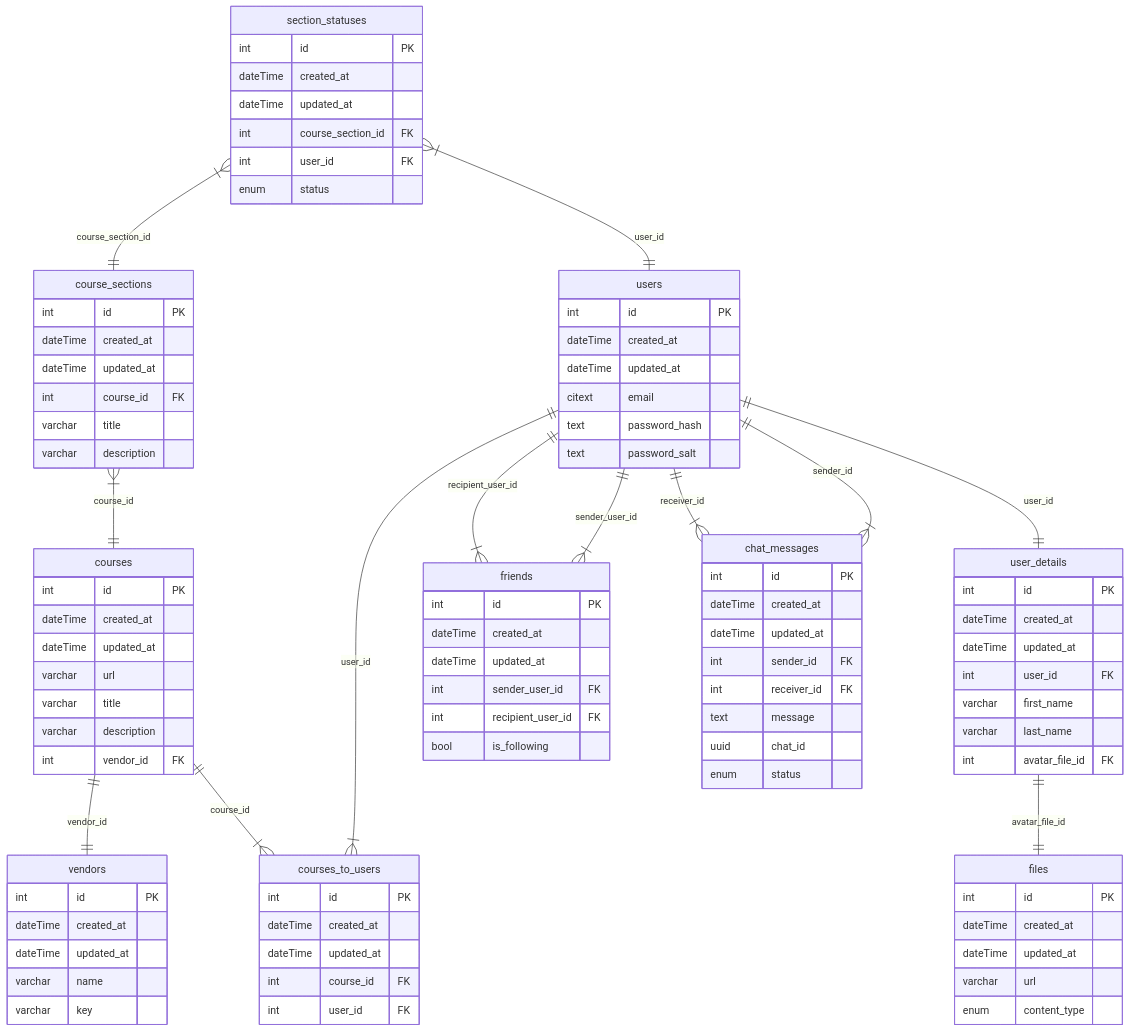
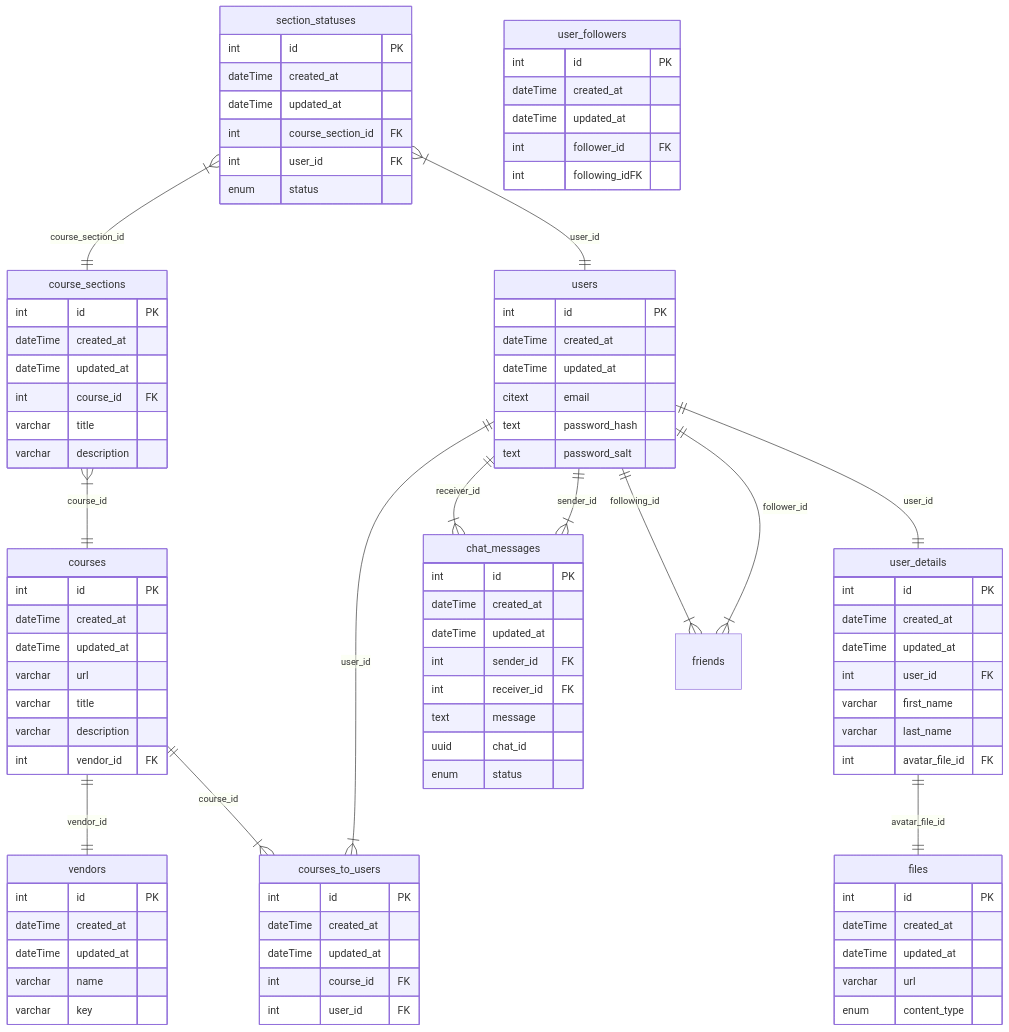
The diagram in readme.md (BinaryStudioAcademy/bsa-winter-2023-2024-trackmates), drawn with Mermaid before and after one commit. The commit also changed 3 other files, not shown here.

```diff
--- a/readme.md
+++ b/readme.md
@@ -88,13 +88,12 @@
     enum status
    }
 
-   friends {
+   user_followers {
     int id PK
     dateTime created_at
     dateTime updated_at
-    int sender_user_id FK
-    int recipient_user_id FK
-    bool is_following
+    int follower_id FK
+    int following_idFK
    }
 
    files {
@@ -119,8 +118,8 @@
    users ||--|| user_details : user_id
    user_details ||--|| files : avatar_file_id
 
-   users ||--|{ friends : sender_user_id
-   users ||--|{ friends : recipient_user_id
+   users ||--|{ friends : follower_id
+   users ||--|{ friends : following_id
 
    users ||--|{ chat_messages : sender_id
    users ||--|{ chat_messages : receiver_id
```
